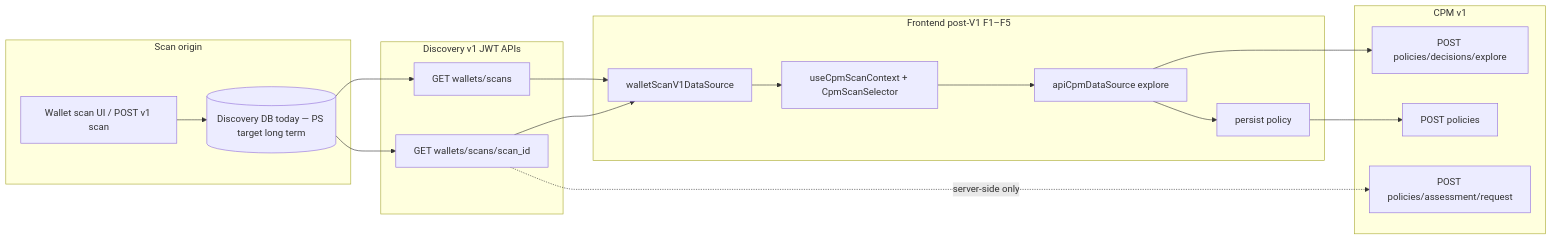
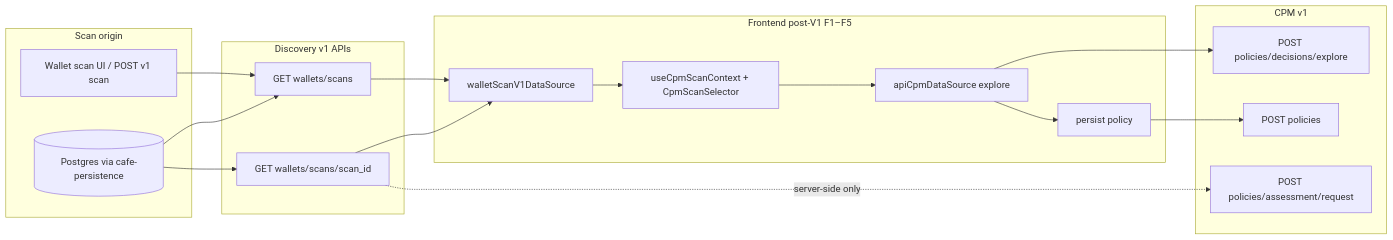
The diagram in docs/CPM_OPTION_A_INTEGRATED.md (create2-labs/cafe-crypto-policy-mgt), drawn with Mermaid before and after one commit. The commit also changed other lines of this file and 4 other files, not shown here.

First line of the commit message:
docs: align the Option A flow with persistence

````diff
--- a/docs/CPM_OPTION_A_INTEGRATED.md
+++ b/docs/CPM_OPTION_A_INTEGRATED.md
@@ -28,33 +28,33 @@
 ```mermaid
 flowchart LR
   subgraph scan_origin [Scan origin]
     UI[Wallet scan UI / POST v1 scan]
-    DB[(Discovery DB today — PS target long term)]
+    DB[(Postgres via cafe-persistence)]
   end
-  subgraph discovery_v1 [Discovery v1 JWT APIs]
+  subgraph discovery_v1 [Discovery v1 APIs]
     LIST[GET wallets/scans]
     DETAIL[GET wallets/scans/scan_id]
   end
   subgraph frontend_cpm [Frontend post-V1 F1–F5]
     DS[walletScanV1DataSource]
     CTX[useCpmScanContext + CpmScanSelector]
     EXP[apiCpmDataSource explore]
     PER[persist policy]
   end
   subgraph cpm_v1 [CPM v1]
     EXPLORE[POST policies/decisions/explore]
     PERSIST[POST policies]
     ASSESS[POST policies/assessment/request]
   end
-  UI --> DB
+  UI --> LIST
   DB --> LIST
   DB --> DETAIL
   LIST --> DS
   DETAIL --> DS
   DS --> CTX
   CTX --> EXP
   EXP --> EXPLORE
   EXP --> PER
   PER --> PERSIST
   DETAIL -.->|server-side only| ASSESS
 ```
````
